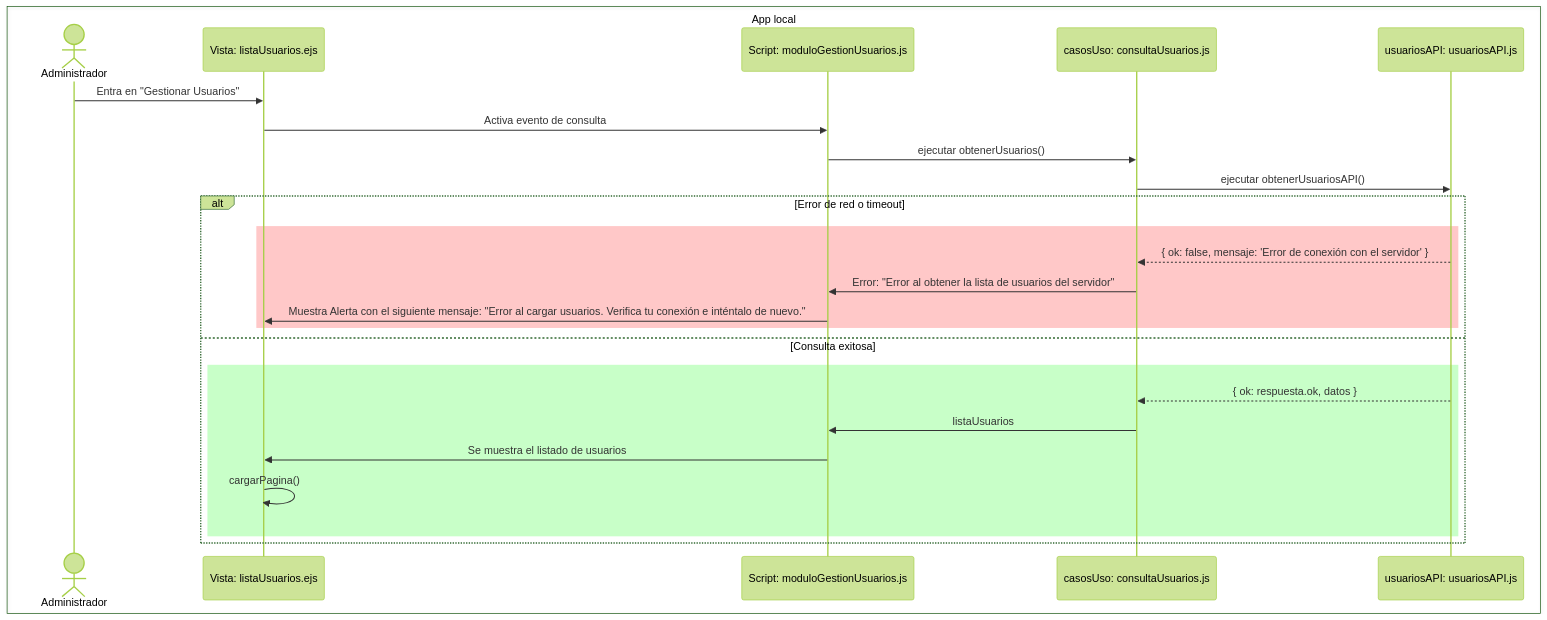
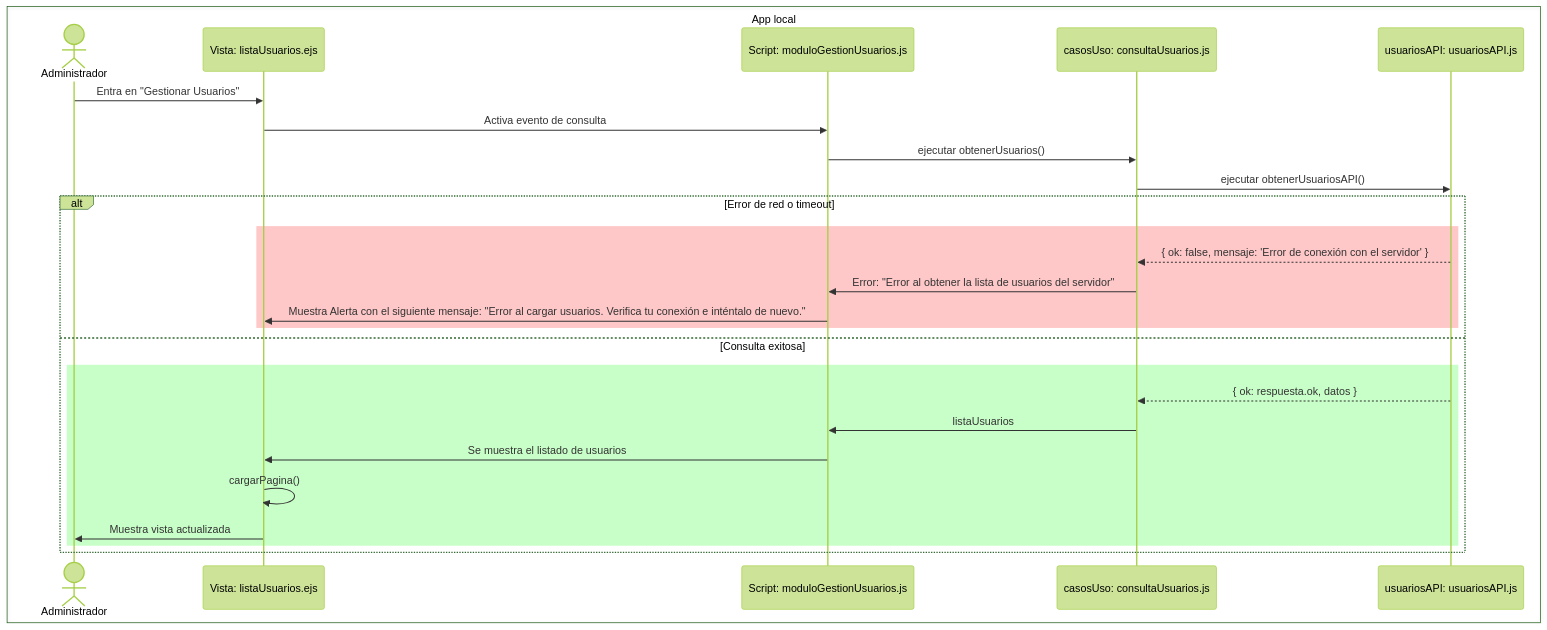
The first of 2 diagrams in documentation/docs/proyectos/tractores/documentacion/requisitos/RF15.md (CodeAnd-Co/Documentacion), drawn with Mermaid (forest theme) before and after one commit.

Commit message:
Corregir detalle en diagrama frontend

````diff
--- a/documentation/docs/proyectos/tractores/documentacion/requisitos/RF15.md
+++ b/documentation/docs/proyectos/tractores/documentacion/requisitos/RF15.md
@@ -25,33 +25,34 @@
 ```mermaid
 sequenceDiagram
   %% DIAGRAMA 1: APP LOCAL
 
   box App local
     actor Administrador as Administrador
     participant vistaUsuarios as Vista: listaUsuarios.ejs
     participant gestionUsuarios as Script: moduloGestionUsuarios.js
     participant consultaUsuariosCU as casosUso: consultaUsuarios.js
     participant consultaUsuariosAPI as usuariosAPI: usuariosAPI.js
   end
 
   Administrador ->> vistaUsuarios: Entra en "Gestionar Usuarios"
   vistaUsuarios ->> gestionUsuarios: Activa evento de consulta
   gestionUsuarios ->> consultaUsuariosCU: ejecutar obtenerUsuarios()
   consultaUsuariosCU ->> consultaUsuariosAPI: ejecutar obtenerUsuariosAPI()
 
   %% Respuesta del API
   alt Error de red o timeout
     rect rgb(255, 200, 200)
       consultaUsuariosAPI -->> consultaUsuariosCU: { ok: false, mensaje: 'Error de conexión con el servidor' }
       consultaUsuariosCU ->> gestionUsuarios: Error: "Error al obtener la lista de usuarios del servidor"
       gestionUsuarios ->> vistaUsuarios: Muestra Alerta con el siguiente mensaje: "Error al cargar usuarios. Verifica tu conexión e inténtalo de nuevo."
     end
   else Consulta exitosa
     rect rgb(200, 255, 200)
       consultaUsuariosAPI -->> consultaUsuariosCU: { ok: respuesta.ok, datos }
       consultaUsuariosCU ->> gestionUsuarios: listaUsuarios
       gestionUsuarios ->> vistaUsuarios: Se muestra el listado de usuarios
       vistaUsuarios ->> vistaUsuarios: cargarPagina()
+      vistaUsuarios ->> Administrador: Muestra vista actualizada
     end
   end
 ```
````
